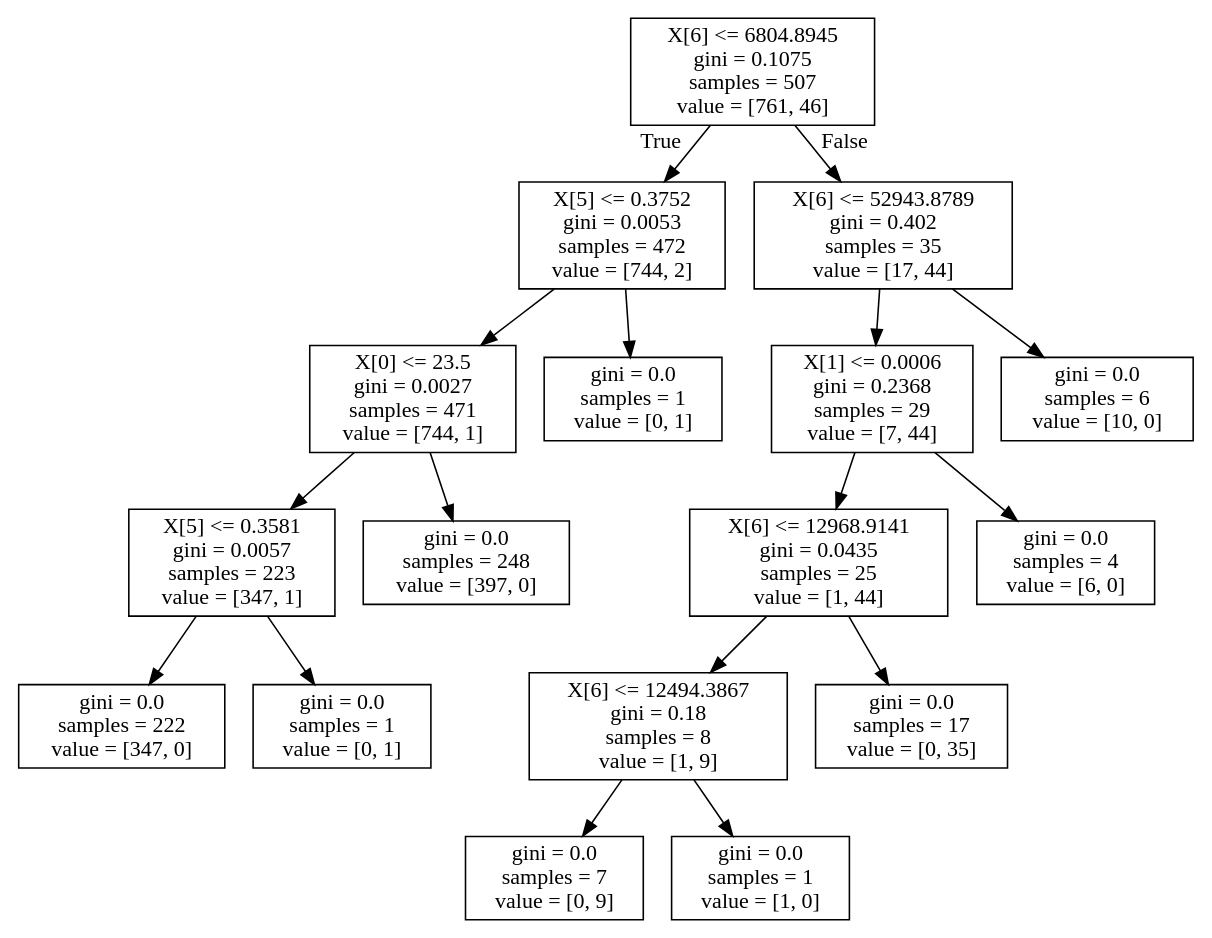
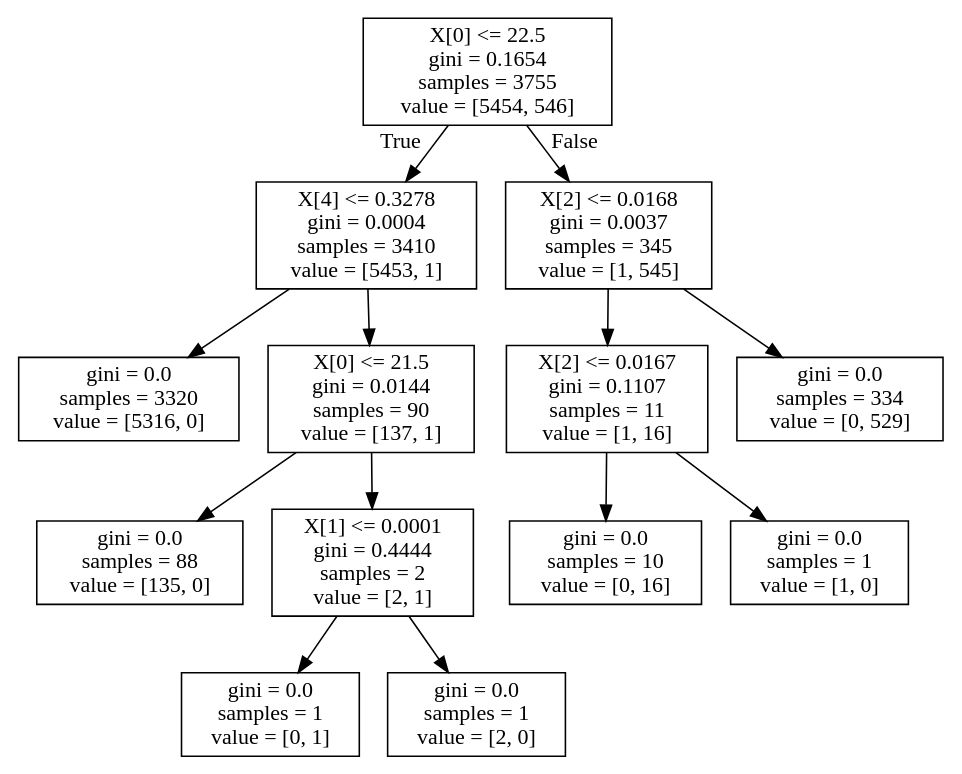
One commit to imwack/facebook changed the diagram in 2.dot. Above: the diagram before and after it, drawn with Graphviz. The commit also changed 16 other files, not shown here.

Commit message:
random graph 10000 nodes

```diff
--- a/2.dot
+++ b/2.dot
@@ -1,36 +1,28 @@
 digraph Tree {
 node [shape=box] ;
-0 [label="X[6] <= 6804.8945\ngini = 0.1075\nsamples = 507\nvalue = [761, 46]"] ;
-1 [label="X[5] <= 0.3752\ngini = 0.0053\nsamples = 472\nvalue = [744, 2]"] ;
+0 [label="X[0] <= 22.5\ngini = 0.1654\nsamples = 3755\nvalue = [5454, 546]"] ;
+1 [label="X[4] <= 0.3278\ngini = 0.0004\nsamples = 3410\nvalue = [5453, 1]"] ;
 0 -> 1 [labeldistance=2.5, labelangle=45, headlabel="True"] ;
-2 [label="X[0] <= 23.5\ngini = 0.0027\nsamples = 471\nvalue = [744, 1]"] ;
+2 [label="gini = 0.0\nsamples = 3320\nvalue = [5316, 0]"] ;
 1 -> 2 ;
-3 [label="X[5] <= 0.3581\ngini = 0.0057\nsamples = 223\nvalue = [347, 1]"] ;
-2 -> 3 ;
-4 [label="gini = 0.0\nsamples = 222\nvalue = [347, 0]"] ;
+3 [label="X[0] <= 21.5\ngini = 0.0144\nsamples = 90\nvalue = [137, 1]"] ;
+1 -> 3 ;
+4 [label="gini = 0.0\nsamples = 88\nvalue = [135, 0]"] ;
 3 -> 4 ;
-5 [label="gini = 0.0\nsamples = 1\nvalue = [0, 1]"] ;
+5 [label="X[1] <= 0.0001\ngini = 0.4444\nsamples = 2\nvalue = [2, 1]"] ;
 3 -> 5 ;
-6 [label="gini = 0.0\nsamples = 248\nvalue = [397, 0]"] ;
-2 -> 6 ;
-7 [label="gini = 0.0\nsamples = 1\nvalue = [0, 1]"] ;
-1 -> 7 ;
-8 [label="X[6] <= 52943.8789\ngini = 0.402\nsamples = 35\nvalue = [17, 44]"] ;
+6 [label="gini = 0.0\nsamples = 1\nvalue = [0, 1]"] ;
+5 -> 6 ;
+7 [label="gini = 0.0\nsamples = 1\nvalue = [2, 0]"] ;
+5 -> 7 ;
+8 [label="X[2] <= 0.0168\ngini = 0.0037\nsamples = 345\nvalue = [1, 545]"] ;
 0 -> 8 [labeldistance=2.5, labelangle=-45, headlabel="False"] ;
-9 [label="X[1] <= 0.0006\ngini = 0.2368\nsamples = 29\nvalue = [7, 44]"] ;
+9 [label="X[2] <= 0.0167\ngini = 0.1107\nsamples = 11\nvalue = [1, 16]"] ;
 8 -> 9 ;
-10 [label="X[6] <= 12968.9141\ngini = 0.0435\nsamples = 25\nvalue = [1, 44]"] ;
+10 [label="gini = 0.0\nsamples = 10\nvalue = [0, 16]"] ;
 9 -> 10 ;
-11 [label="X[6] <= 12494.3867\ngini = 0.18\nsamples = 8\nvalue = [1, 9]"] ;
-10 -> 11 ;
-12 [label="gini = 0.0\nsamples = 7\nvalue = [0, 9]"] ;
-11 -> 12 ;
-13 [label="gini = 0.0\nsamples = 1\nvalue = [1, 0]"] ;
-11 -> 13 ;
-14 [label="gini = 0.0\nsamples = 17\nvalue = [0, 35]"] ;
-10 -> 14 ;
-15 [label="gini = 0.0\nsamples = 4\nvalue = [6, 0]"] ;
-9 -> 15 ;
-16 [label="gini = 0.0\nsamples = 6\nvalue = [10, 0]"] ;
-8 -> 16 ;
+11 [label="gini = 0.0\nsamples = 1\nvalue = [1, 0]"] ;
+9 -> 11 ;
+12 [label="gini = 0.0\nsamples = 334\nvalue = [0, 529]"] ;
+8 -> 12 ;
 }
```
